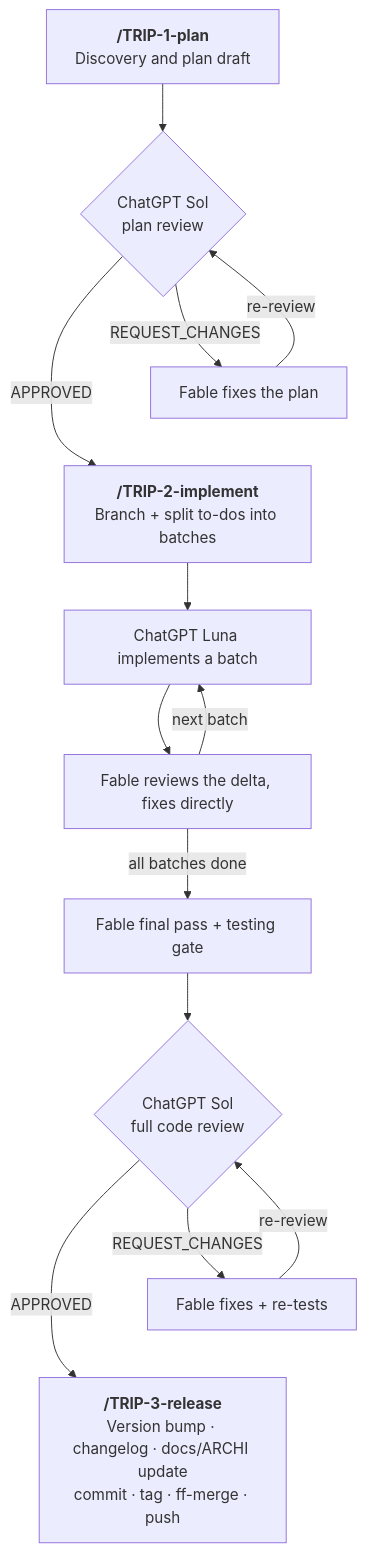
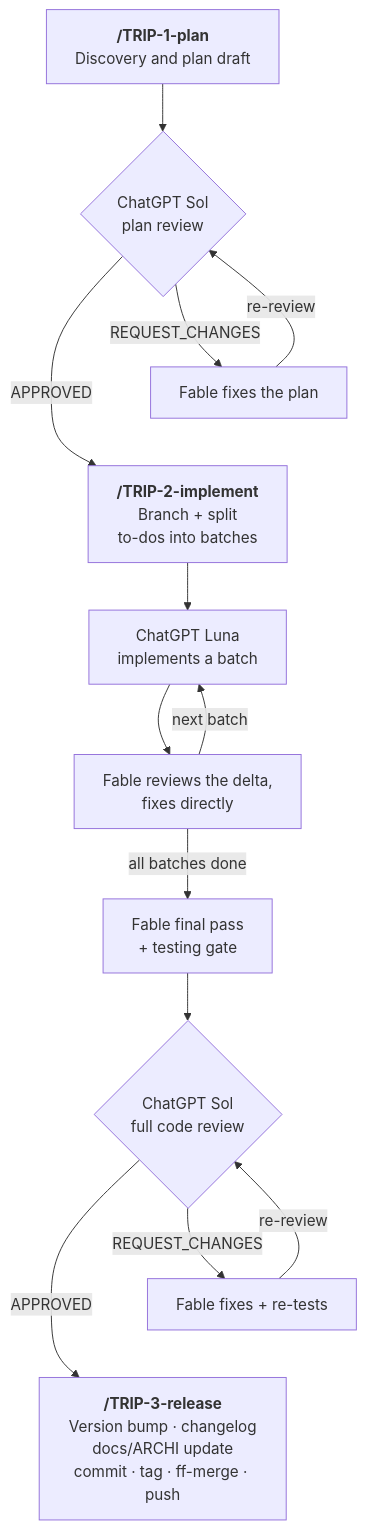
Before and after one commit to PiLastDigit/TRIP-workflow: the diagram in README.md, drawn with Mermaid.

Commit message:
docs: explicit line breaks in diagram labels — GitHub mermaid clips long single-line node text

````diff
--- a/README.md
+++ b/README.md
@@ -144,17 +144,17 @@
 ```mermaid
 flowchart TD
     A["<b>/TRIP-1-plan</b><br/>Discovery and plan draft"] --> B{"ChatGPT Sol<br/>plan review"}
     B -->|"REQUEST_CHANGES"| Bf["Fable fixes the plan"]
     Bf -->|"re-review"| B
-    B -->|"APPROVED"| D["<b>/TRIP-2-implement</b><br/>Branch + split to-dos into batches"]
+    B -->|"APPROVED"| D["<b>/TRIP-2-implement</b><br/>Branch + split<br/>to-dos into batches"]
     Bf ~~~ D
-    D --> E["ChatGPT Luna implements a batch"]
-    E --> F["Fable reviews the delta, fixes directly"]
+    D --> E["ChatGPT Luna<br/>implements a batch"]
+    E --> F["Fable reviews the delta,<br/>fixes directly"]
     F -->|"next batch"| E
-    F -->|"all batches done"| G["Fable final pass + testing gate"]
+    F -->|"all batches done"| G["Fable final pass<br/>+ testing gate"]
     G --> H{"ChatGPT Sol<br/>full code review"}
     H -->|"REQUEST_CHANGES"| Hf["Fable fixes + re-tests"]
     Hf -->|"re-review"| H
-    H -->|"APPROVED"| K["<b>/TRIP-3-release</b><br/>Version bump · changelog · docs/ARCHI update<br/>commit · tag · ff-merge · push"]
+    H -->|"APPROVED"| K["<b>/TRIP-3-release</b><br/>Version bump · changelog<br/>docs/ARCHI update<br/>commit · tag · ff-merge · push"]
     Hf ~~~ K
 ```
````
